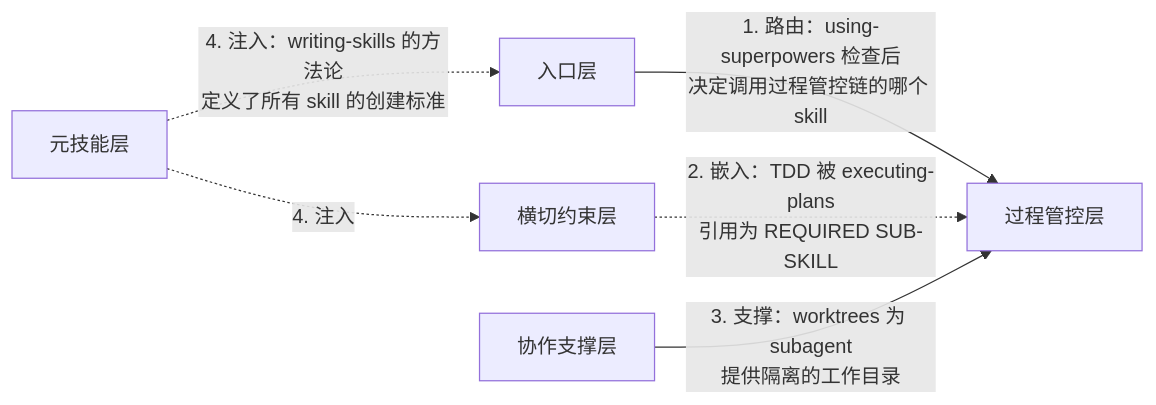
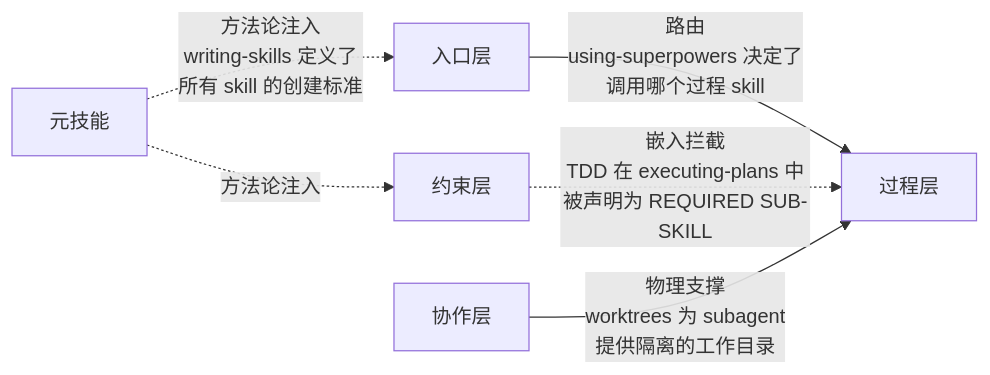
The second of 2 diagrams in public/content/chapters/01-architecture.md (binshao996/superpowers-uncovering), drawn with Mermaid before and after one commit. The commit also changed other lines of this file and 7 other files, not shown here.

First line of the commit message:
feat: rewrite chapters with source-code-level analysis, fix mermaid rendering

````diff
--- a/public/content/chapters/01-architecture.md
+++ b/public/content/chapters/01-architecture.md
@@ -68,8 +119,8 @@
 ```mermaid
 graph LR
-    A["入口层"] -->|"1. 路由：using-superpowers 检查后<br/>决定调用过程管控链的哪个 skill"| B["过程管控层"]
-    C["横切约束层"] -.->|"2. 嵌入：TDD 被 executing-plans<br/>引用为 REQUIRED SUB-SKILL"| B
-    D["协作支撑层"] -->|"3. 支撑：worktrees 为 subagent<br/>提供隔离的工作目录"| B
-    E["元技能层"] -.->|"4. 注入：writing-skills 的方法论<br/>定义了所有 skill 的创建标准"| A
-    E -.->|"4. 注入"| C
+    A["入口层"] -->|"路由<br/>using-superpowers 决定了<br/>调用哪个过程 skill"| B["过程层"]
+    C["约束层"] -.->|"嵌入拦截<br/>TDD 在 executing-plans 中<br/>被声明为 REQUIRED SUB-SKILL"| B
+    D["协作层"] -->|"物理支撑<br/>worktrees 为 subagent<br/>提供隔离的工作目录"| B
+    E["元技能"] -.->|"方法论注入<br/>writing-skills 定义了<br/>所有 skill 的创建标准"| A
+    E -.->|"方法论注入"| C
 ```
````
